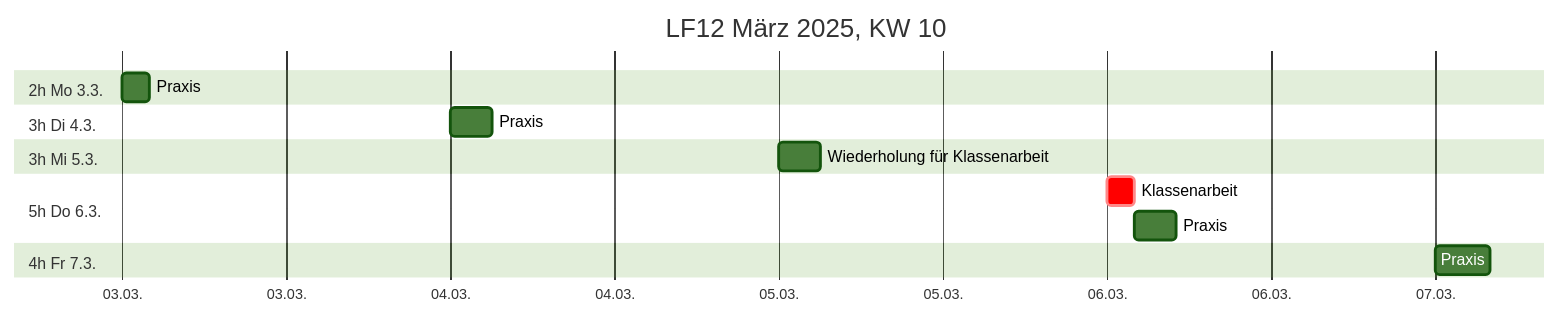
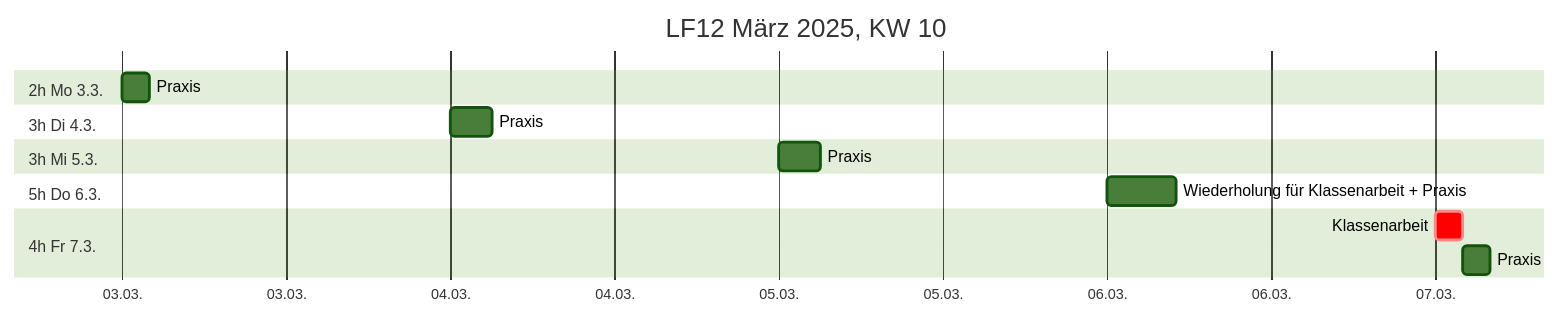
The second of 3 diagrams in src/orga.md (johannesloetzsch/LF12), drawn with Mermaid (forest theme) before and after one commit. The commit also changed 1 other file, not shown here.

Commit message:
klassenarbeit am 7.3.

````diff
--- a/src/orga.md
+++ b/src/orga.md
@@ -56,17 +56,17 @@
 ```mermaid
 gantt
  title LF12 März 2025, KW 10
  dateFormat YYYY-MM-DD
  axisFormat %d.%m.
  section 2h Mo 3.3.
   Praxis                            :2025-03-03, 2h
  section 3h Di 4.3.
   Praxis                            :2025-03-04, 3h
  section 3h Mi 5.3.
-  Wiederholung für Klassenarbeit    :2025-03-05, 3h
+  Praxis                            :2025-03-05, 3h
  section 5h Do 6.3.
-  Klassenarbeit                     :crit, t10, 2025-03-06, 2h
-  Praxis                            :after t10, 3h
+  Wiederholung für Klassenarbeit + Praxis :2025-03-06, 5h
  section 4h Fr 7.3.
-  Praxis                            :2025-03-07, 4h
+  Klassenarbeit                     :crit, t10, 2025-03-07, 2h
+  Praxis                            :after t10, 2h
 ```
````
